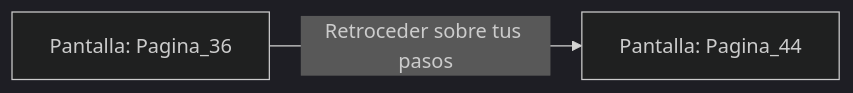
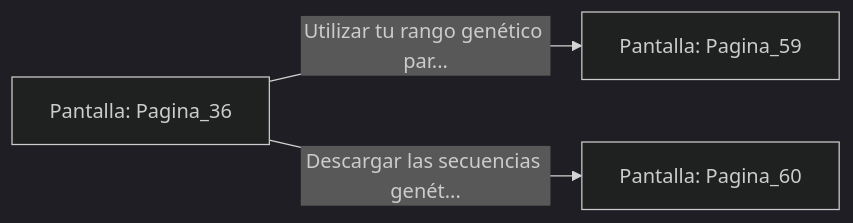
The diagram in sample/eligejuego-vault/Pantalla_Pagina_36.md (metsuke/mpl), drawn with Mermaid (dark theme) before and after one commit. The commit also changed other lines of this file and 635 other files, not shown here.

First line of the commit message:
fix: añadir Pagina_1 como pantalla inicial en capitulo_01.mpl

````diff
--- a/sample/eligejuego-vault/Pantalla_Pagina_36.md
+++ b/sample/eligejuego-vault/Pantalla_Pagina_36.md
@@ -14,5 +22,6 @@
 ```mermaid
 graph LR
     P_Pagina_36["Pantalla: Pagina_36"]
-    P_Pagina_36 -->|"Retroceder sobre tus pasos"| P_Pagina_44["Pantalla: Pagina_44"]
+    P_Pagina_36 -->|"Utilizar tu rango genético par..."| P_Pagina_59["Pantalla: Pagina_59"]
+    P_Pagina_36 -->|"Descargar las secuencias genét..."| P_Pagina_60["Pantalla: Pagina_60"]
 ```
````
